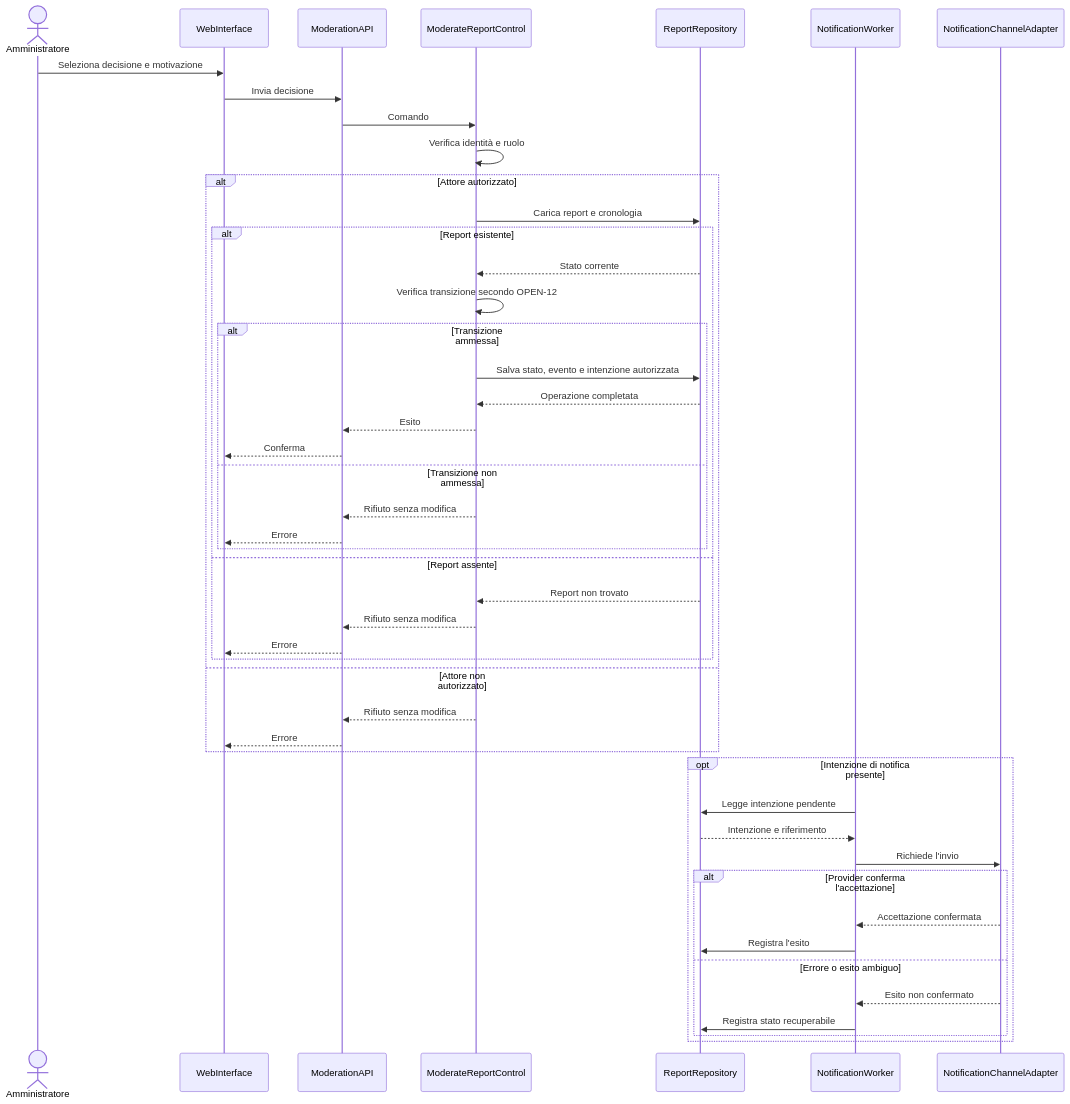
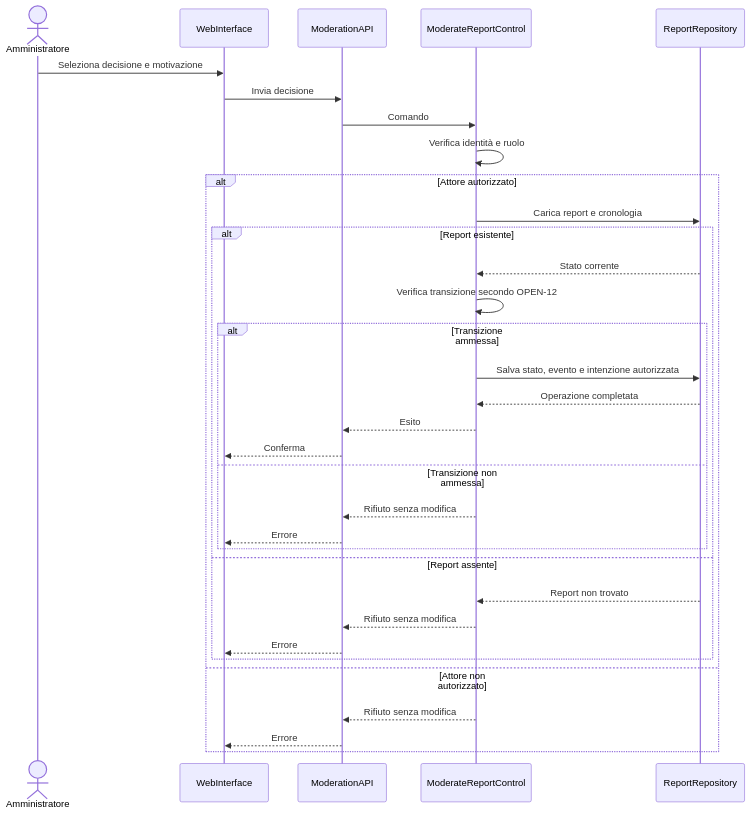
Before and after one commit to andreaplini/aegis: the seventh of 10 diagrams in docs/RAD.md, drawn with Mermaid. The commit also changed other lines of this file and 2 other files, not shown here.

Commit message:
docs: align UML boundaries and readable sequences

````diff
--- a/docs/RAD.md
+++ b/docs/RAD.md
@@ -616,50 +606,36 @@
 ```mermaid
 sequenceDiagram
   accDescr: La moderazione registra transizione, evento e intenzione di notifica autorizzata in modo atomico. Un worker invia la notifica dopo il commit e registra gli esiti.
   actor A as Amministratore
   participant UI as WebInterface
   participant API as ModerationAPI
   participant UC as ModerateReportControl
   participant Repo as ReportRepository
-  participant W as NotificationWorker
-  participant N as NotificationChannelAdapter
   A->>UI: Seleziona decisione e motivazione
   UI->>API: Invia decisione
   API->>UC: Comando
   UC->>UC: Verifica identità e ruolo
   alt Attore autorizzato
     UC->>Repo: Carica report e cronologia
     alt Report esistente
       Repo-->>UC: Stato corrente
       UC->>UC: Verifica transizione secondo OPEN-12
       alt Transizione ammessa
         UC->>Repo: Salva stato, evento e intenzione autorizzata
         Repo-->>UC: Operazione completata
         UC-->>API: Esito
         API-->>UI: Conferma
       else Transizione non ammessa
         UC-->>API: Rifiuto senza modifica
         API-->>UI: Errore
       end
     else Report assente
       Repo-->>UC: Report non trovato
       UC-->>API: Rifiuto senza modifica
       API-->>UI: Errore
     end
   else Attore non autorizzato
     UC-->>API: Rifiuto senza modifica
     API-->>UI: Errore
   end
-  opt Intenzione di notifica presente
-    W->>Repo: Legge intenzione pendente
-    Repo-->>W: Intenzione e riferimento
-    W->>N: Richiede l'invio
-    alt Provider conferma l'accettazione
-      N-->>W: Accettazione confermata
-      W->>Repo: Registra l'esito
-    else Errore o esito ambiguo
-      N-->>W: Esito non confermato
-      W->>Repo: Registra stato recuperabile
-    end
-  end
 ```
````
